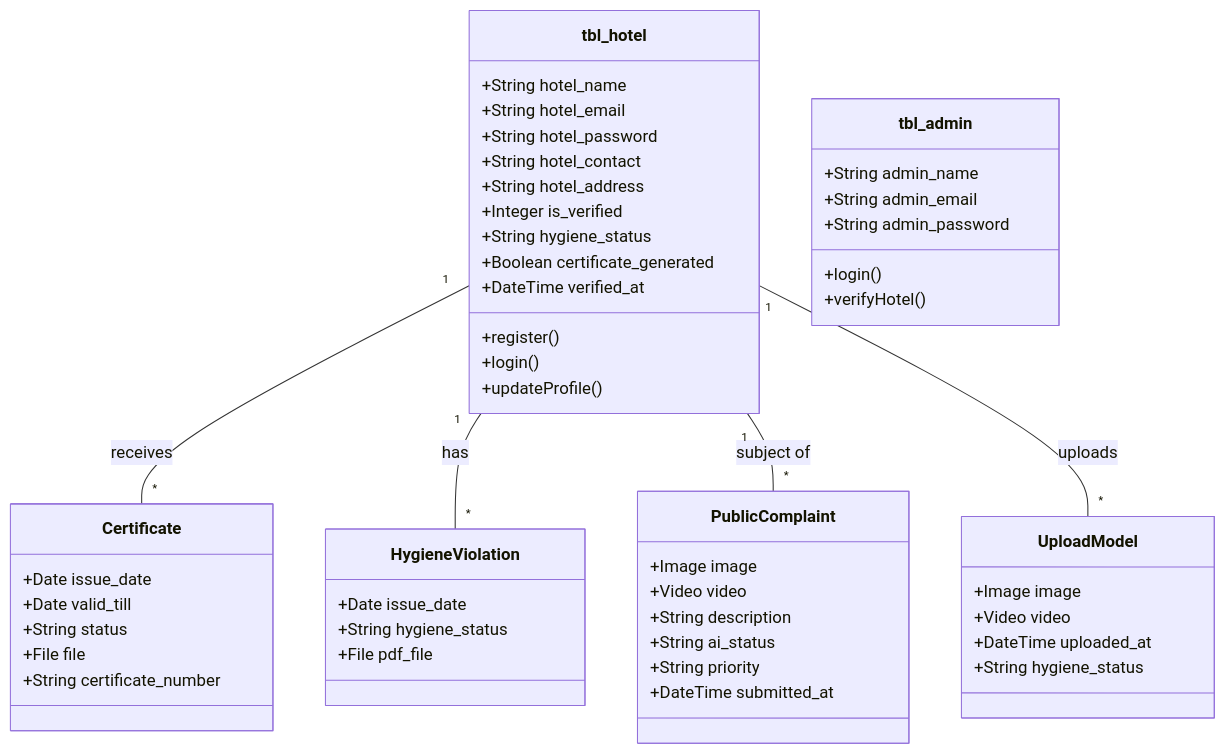
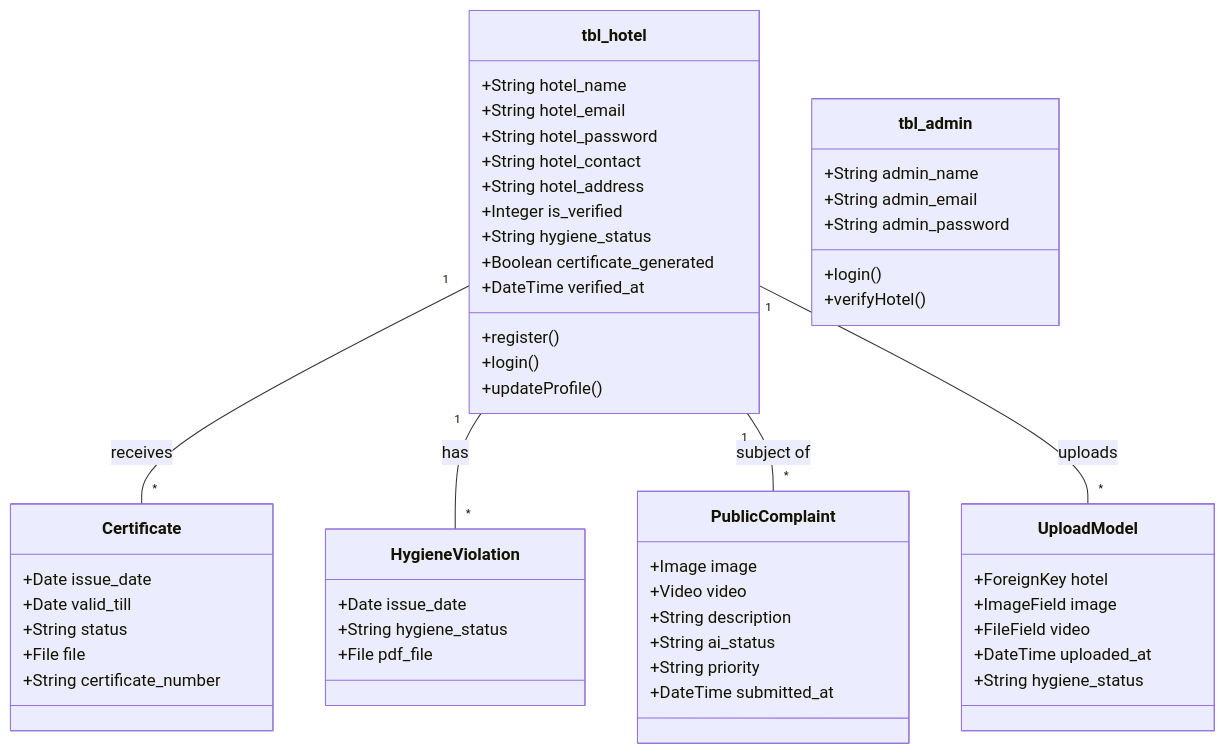
The fourth of 4 diagrams in Documentation/system_design.md (NandhuSivadas/KitchenHygiene), drawn with Mermaid before and after one commit. The commit also changed 113 other files, not shown here.

````diff
--- a/Documentation/system_design.md
+++ b/Documentation/system_design.md
@@ -186,60 +186,61 @@
 ```mermaid
 classDiagram
     class tbl_hotel {
         +String hotel_name
         +String hotel_email
         +String hotel_password
         +String hotel_contact
         +String hotel_address
         +Integer is_verified
         +String hygiene_status
         +Boolean certificate_generated
         +DateTime verified_at
         +register()
         +login()
         +updateProfile()
     }
 
     class tbl_admin {
         +String admin_name
         +String admin_email
         +String admin_password
         +login()
         +verifyHotel()
     }
 
     class Certificate {
         +Date issue_date
         +Date valid_till
         +String status
         +File file
         +String certificate_number
     }
 
     class HygieneViolation {
         +Date issue_date
         +String hygiene_status
         +File pdf_file
     }
 
     class PublicComplaint {
         +Image image
         +Video video
         +String description
         +String ai_status
         +String priority
         +DateTime submitted_at
     }
 
     class UploadModel {
-        +Image image
-        +Video video
+        +ForeignKey hotel
+        +ImageField image
+        +FileField video
         +DateTime uploaded_at
         +String hygiene_status
     }
 
     tbl_hotel "1" -- "*" Certificate : receives
     tbl_hotel "1" -- "*" HygieneViolation : has
     tbl_hotel "1" -- "*" PublicComplaint : subject of
     tbl_hotel "1" -- "*" UploadModel : uploads
 ```
````
